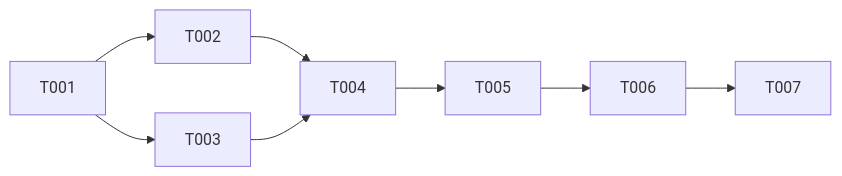
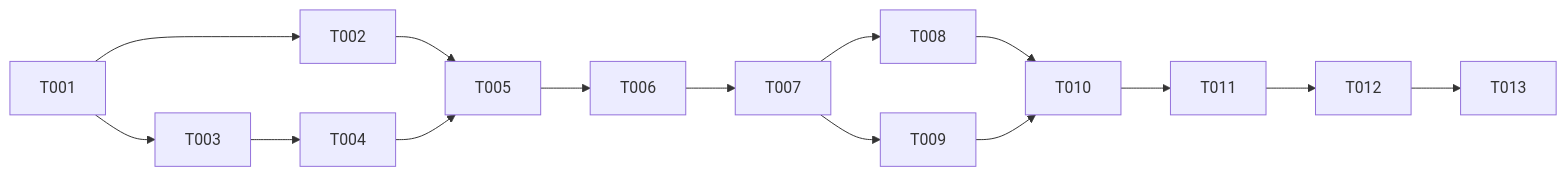
The diagram in .thyrox/context/work/2026-05-06-19-34-24-rbac-v560-spec-analysis/plan-execution/rbac-v560-alignment-task-plan.md (jcg-admin/IACT-ui), drawn with Mermaid before and after one commit. The commit also changed other lines of this file, not shown here.

````diff
--- a/.thyrox/context/work/2026-05-06-19-34-24-rbac-v560-spec-analysis/plan-execution/rbac-v560-alignment-task-plan.md
+++ b/.thyrox/context/work/2026-05-06-19-34-24-rbac-v560-spec-analysis/plan-execution/rbac-v560-alignment-task-plan.md
@@ -30,10 +49,17 @@
 ```mermaid
 flowchart LR
     T001 --> T002
     T001 --> T003
-    T002 --> T004
     T003 --> T004
+    T002 --> T005
     T004 --> T005
     T005 --> T006
     T006 --> T007
+    T007 --> T008
+    T007 --> T009
+    T008 --> T010
+    T009 --> T010
+    T010 --> T011
+    T011 --> T012
+    T012 --> T013
 ```
````
